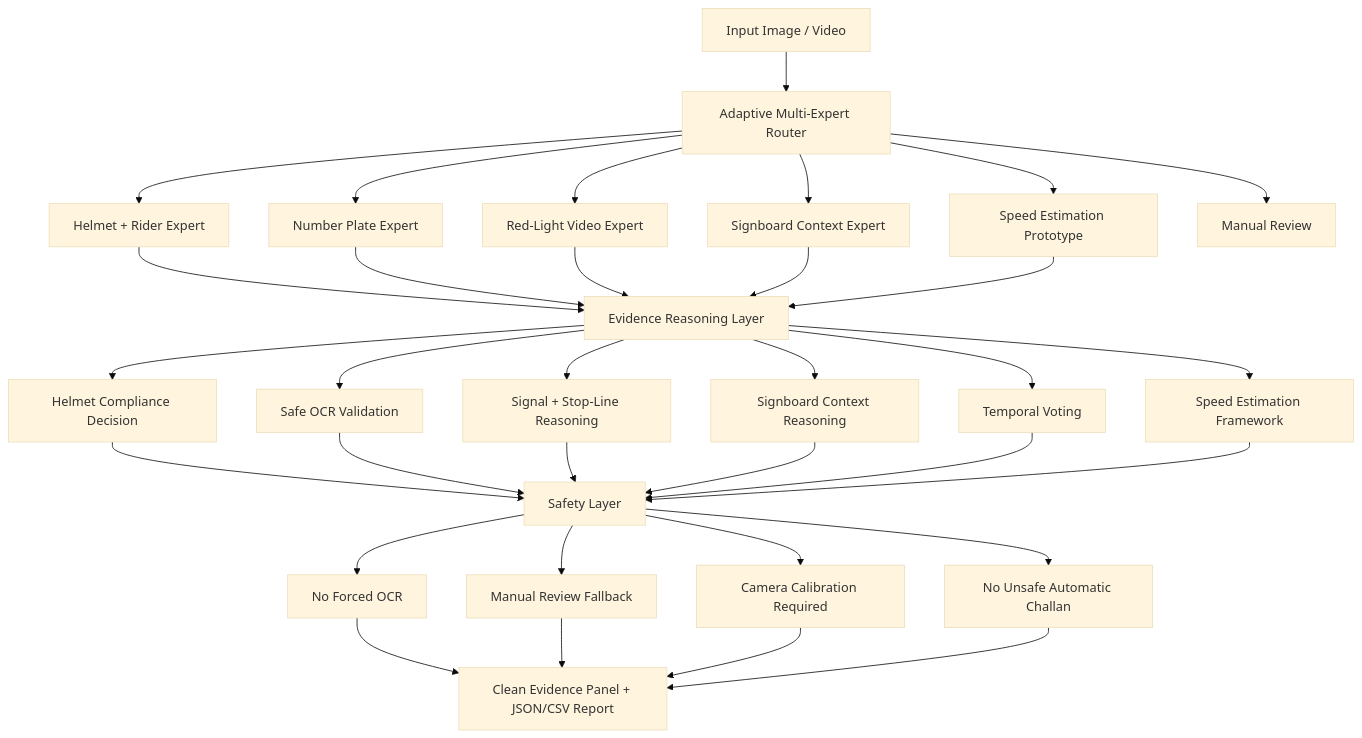
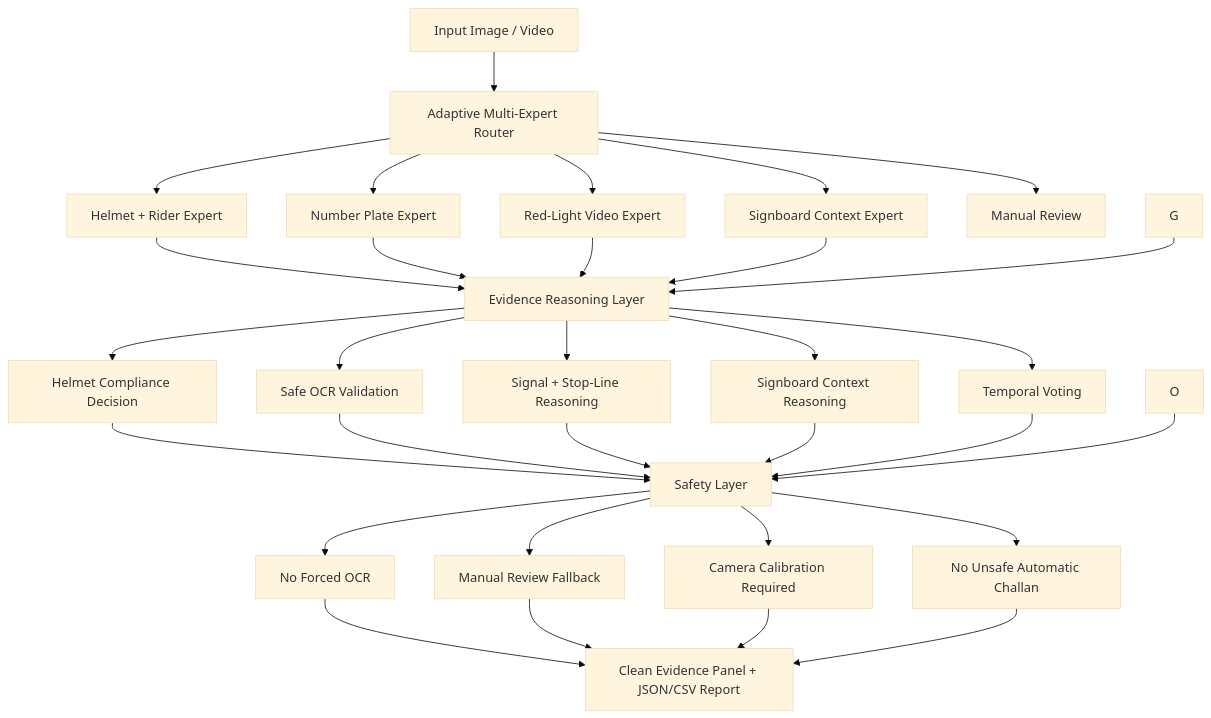
The diagram in architecture/architecture_mermaid.md (Hrithikcrick/ViolationIQ), drawn with Mermaid (base theme) before and after one commit. The commit also changed 111 other files, not shown here.

````diff
--- a/architecture/architecture_mermaid.md
+++ b/architecture/architecture_mermaid.md
@@ -3,41 +3,39 @@
 ```mermaid
 flowchart TD
     A[Input Image / Video] --> B[Adaptive Multi-Expert Router]
 
     B --> C[Helmet + Rider Expert]
     B --> D[Number Plate Expert]
     B --> E[Red-Light Video Expert]
     B --> F[Signboard Context Expert]
-    B --> G[Speed Estimation Prototype]
     B --> H[Manual Review]
 
     C --> I[Evidence Reasoning Layer]
     D --> I
     E --> I
     F --> I
     G --> I
 
     I --> J[Helmet Compliance Decision]
     I --> K[Safe OCR Validation]
     I --> L[Signal + Stop-Line Reasoning]
     I --> M[Signboard Context Reasoning]
     I --> N[Temporal Voting]
-    I --> O[Speed Estimation Framework]
 
     J --> P[Safety Layer]
     K --> P
     L --> P
     M --> P
     N --> P
     O --> P
 
     P --> Q[No Forced OCR]
     P --> R[Manual Review Fallback]
     P --> S[Camera Calibration Required]
     P --> T[No Unsafe Automatic Challan]
 
     Q --> U[Clean Evidence Panel + JSON/CSV Report]
     R --> U
     S --> U
     T --> U
 ```
````
